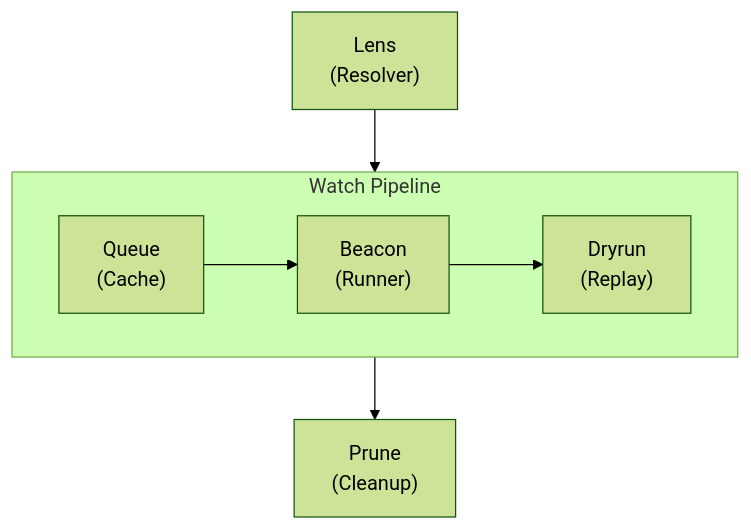
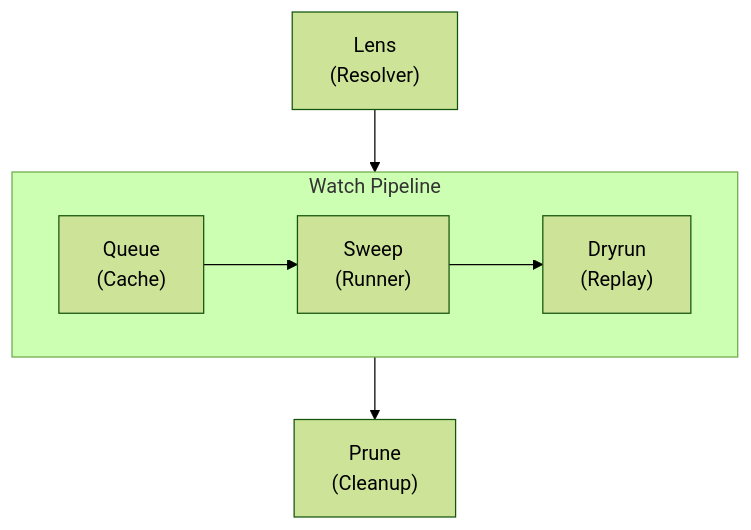
One commit to cbnventures/nova-demos changed the first of 3 diagrams in apps/demo-lantern/docs/theme-showcase.mdx. Above: the diagram before and after it, drawn with Mermaid (forest theme). The commit also changed other lines of this file and 77 other files, not shown here.

````diff
--- a/apps/demo-lantern/docs/theme-showcase.mdx
+++ b/apps/demo-lantern/docs/theme-showcase.mdx
@@ -364,10 +364,10 @@
 ```mermaid
 flowchart TD
     subgraph Pipeline["Watch Pipeline"]
         direction LR
-        Q["Queue<br/>(Cache)"] --> B["Beacon<br/>(Runner)"] --> C["Dryrun<br/>(Replay)"]
+        Q["Queue<br/>(Cache)"] --> B["Sweep<br/>(Runner)"] --> C["Dryrun<br/>(Replay)"]
     end
 
     L["Lens<br/>(Resolver)"] --> Pipeline
     Pipeline --> P["Prune<br/>(Cleanup)"]
 ```
````
